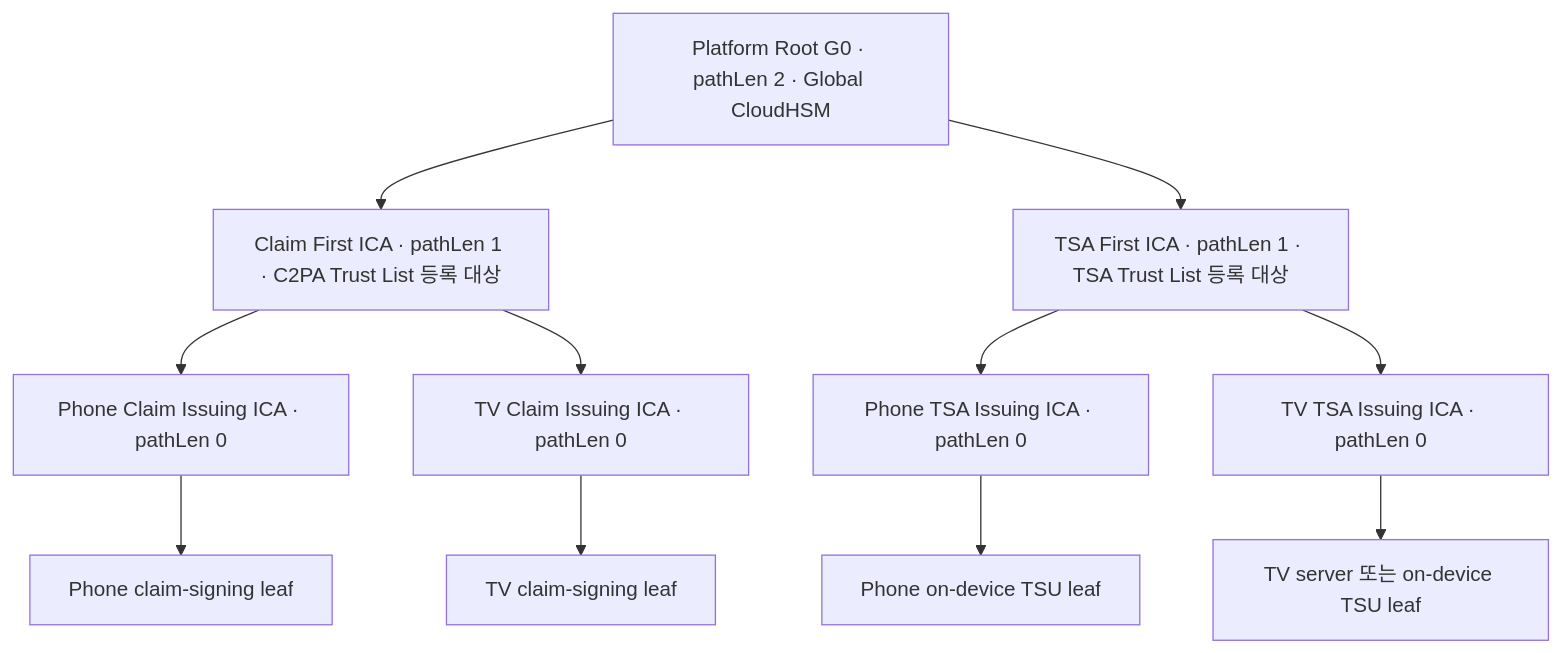
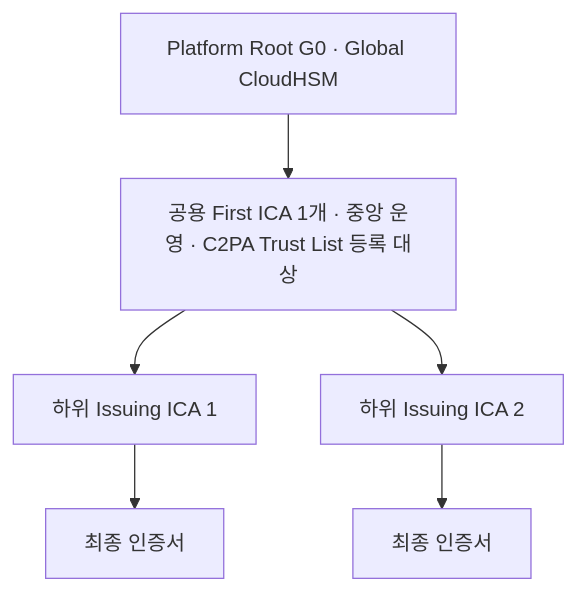
Before and after one commit to divcon/pki-docs: the diagram in root-key-design/operating-model.md, drawn with Mermaid. The commit also changed other lines of this file and 34 other files, not shown here.

````diff
--- a/root-key-design/operating-model.md
+++ b/root-key-design/operating-model.md
@@ -9,20 +11,8 @@
 ```mermaid
 flowchart TD
-  R["Platform Root G0 · pathLen 2 · Global CloudHSM"]
-  C["Claim First ICA · pathLen 1 · C2PA Trust List 등록 대상"]
-  T["TSA First ICA · pathLen 1 · TSA Trust List 등록 대상"]
-  PC["Phone Claim Issuing ICA · pathLen 0"]
-  VC["TV Claim Issuing ICA · pathLen 0"]
-  PT["Phone TSA Issuing ICA · pathLen 0"]
-  VT["TV TSA Issuing ICA · pathLen 0"]
-  R --> C
-  R --> T
-  C --> PC
-  C --> VC
-  T --> PT
-  T --> VT
-  PC --> PL["Phone claim-signing leaf"]
-  VC --> VL["TV claim-signing leaf"]
-  PT --> PTL["Phone on-device TSU leaf"]
-  VT --> VTL["TV server 또는 on-device TSU leaf"]
+  R["Platform Root G0 · Global CloudHSM"] --> F["공용 First ICA 1개 · 중앙 운영 · C2PA Trust List 등록 대상"]
+  F --> I1["하위 Issuing ICA 1"]
+  F --> I2["하위 Issuing ICA 2"]
+  I1 --> L1["최종 인증서"]
+  I2 --> L2["최종 인증서"]
 ```
````
